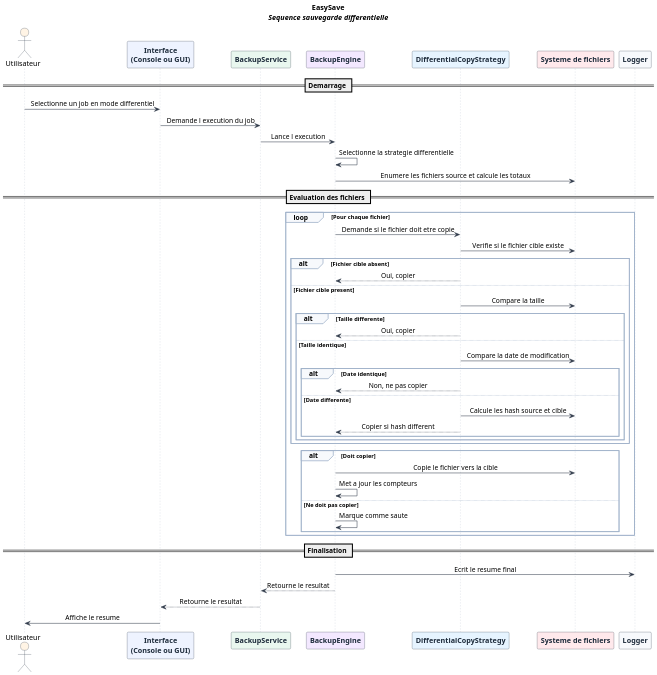
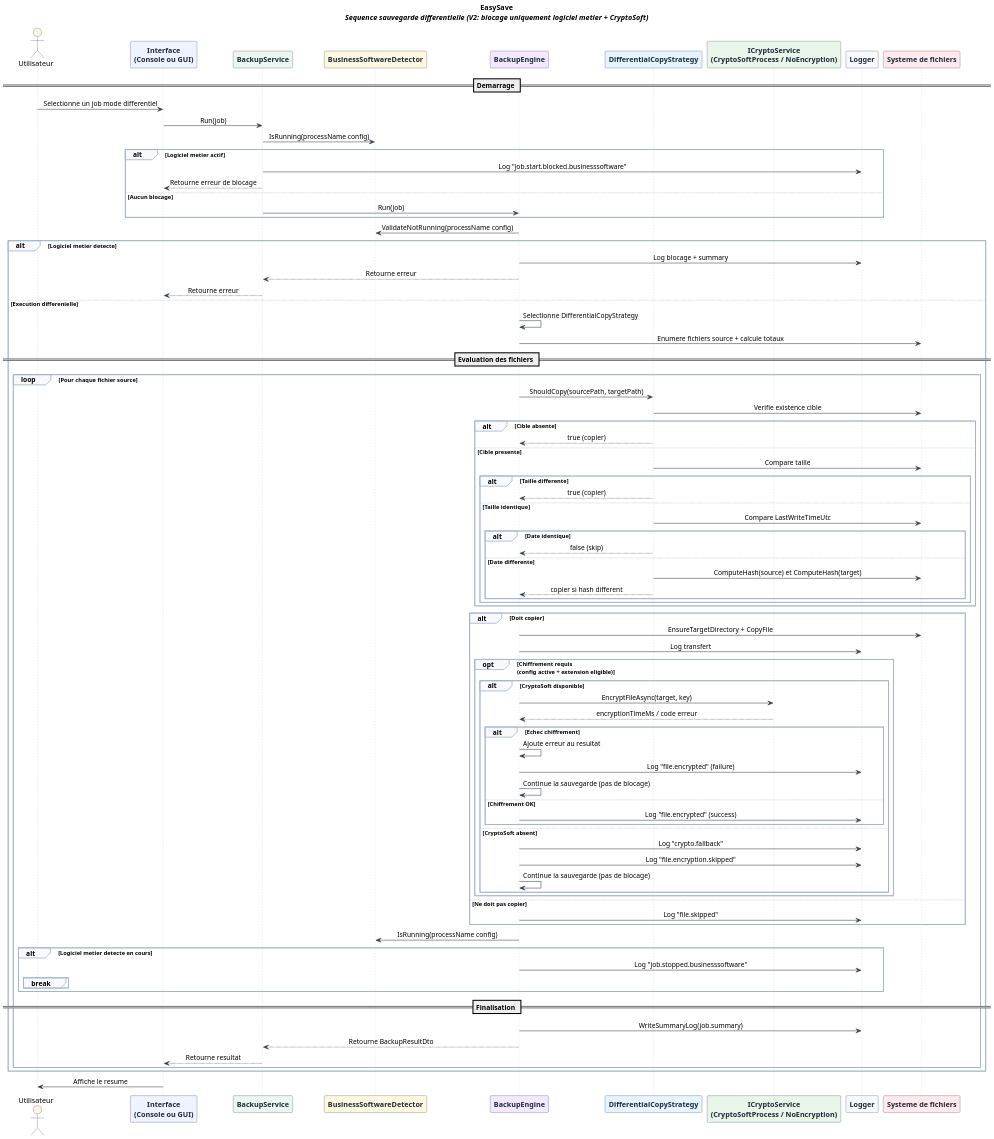
One commit to RiperPro03/EasySave changed the diagram in docs/uml/DiagrammeSequence_Backup_Differential.puml. Above: the diagram before and after it, drawn with PlantUML. The commit also changed 2 other files, not shown here.

Commit message:
update sequence

```diff
--- a/docs/uml/DiagrammeSequence_Backup_Differential.puml
+++ b/docs/uml/DiagrammeSequence_Backup_Differential.puml
@@ -1,88 +1,130 @@
 @startuml EasySave_Backup_Differential
 
 ' ============================================
 ' CONFIGURATION
 ' ============================================
 skinparam shadowing false
 skinparam dpi 170
 skinparam backgroundColor #FFFFFF
 
 skinparam sequence {
   MessageAlign center
   ArrowColor #2F3A4A
   ArrowThickness 1
   LifeLineBorderColor #B7C0CE
   LifeLineBackgroundColor #F7F9FC
 
   ParticipantBorderColor #2F3A4A
   ParticipantBackgroundColor #EEF3FF
   ParticipantFontColor #1C2A3A
   ParticipantFontStyle bold
 
   ActorBorderColor #2F3A4A
   ActorBackgroundColor #FFF4E5
 
   BoxBorderColor #9FB1C9
   BoxBackgroundColor #F7F9FC
 
   GroupBorderColor #9FB1C9
   GroupBackgroundColor #F7F9FC
 }
 
-title <b>EasySave</b>\n<i>Sequence sauvegarde differentielle</i>
+title <b>EasySave</b>\n<i>Sequence sauvegarde differentielle (V2: blocage uniquement logiciel metier + CryptoSoft)</i>
 
 ' -------------------- ACTEURS / PARTICIPANTS --------------------
 actor Utilisateur #FFF4E5
 
 participant "<b>Interface</b>\n(Console ou GUI)" as UI #EEF3FF
 participant "<b>BackupService</b>" as BackupService #E9F7EF
+participant "<b>BusinessSoftwareDetector</b>" as Detector #FFF8E1
 participant "<b>BackupEngine</b>" as BackupEngine #F3E8FF
 participant "<b>DifferentialCopyStrategy</b>" as Strategy #E6F4FF
+participant "<b>ICryptoService</b>\n(CryptoSoftProcess / NoEncryption)" as Crypto #E8F5E9
+participant "<b>Logger</b>" as Logger #F7F9FC
 participant "<b>Systeme de fichiers</b>" as FS #FFE9EC
-participant "<b>Logger</b>" as Logger #F7F9FC
 
 ' -------------------- FLUX --------------------
 == Demarrage ==
-Utilisateur -> UI : Selectionne un job en mode differentiel
-UI -> BackupService : Demande l execution du job
-BackupService -> BackupEngine : Lance l execution
-BackupEngine -> BackupEngine : Selectionne la strategie differentielle
-BackupEngine -> FS : Enumere les fichiers source et calcule les totaux
+Utilisateur -> UI : Selectionne un job mode differentiel
+UI -> BackupService : Run(job)
 
-== Evaluation des fichiers ==
-loop <b>Pour chaque fichier</b>
-  BackupEngine -> Strategy : Demande si le fichier doit etre copie
+BackupService -> Detector : IsRunning(processName config)
+alt Logiciel metier actif
+    BackupService -> Logger : Log "job.start.blocked.businesssoftware"
+    BackupService --> UI : Retourne erreur de blocage
+else Aucun blocage
+    BackupService -> BackupEngine : Run(job)
+end
+  BackupEngine -> Detector : ValidateNotRunning(processName config)
+  alt Logiciel metier detecte
+    BackupEngine -> Logger : Log blocage + summary
+    BackupEngine --> BackupService : Retourne erreur
+    BackupService --> UI : Retourne erreur
+  else Execution differenielle
+    BackupEngine -> BackupEngine : Selectionne DifferentialCopyStrategy
+    BackupEngine -> FS : Enumere fichiers source + calcule totaux
 
-  Strategy -> FS : Verifie si le fichier cible existe
-  alt <b>Fichier cible absent</b>
-    Strategy --> BackupEngine : Oui, copier
-  else <b>Fichier cible present</b>
-    Strategy -> FS : Compare la taille
-    alt <b>Taille differente</b>
-      Strategy --> BackupEngine : Oui, copier
-    else <b>Taille identique</b>
-      Strategy -> FS : Compare la date de modification
-      alt <b>Date identique</b>
-        Strategy --> BackupEngine : Non, ne pas copier
-      else <b>Date differente</b>
-        Strategy -> FS : Calcule les hash source et cible
-        Strategy --> BackupEngine : Copier si hash different
+    == Evaluation des fichiers ==
+    loop Pour chaque fichier source
+      BackupEngine -> Strategy : ShouldCopy(sourcePath, targetPath)
+
+      Strategy -> FS : Verifie existence cible
+      alt Cible absente
+        Strategy --> BackupEngine : true (copier)
+      else Cible presente
+        Strategy -> FS : Compare taille
+        alt Taille differente
+          Strategy --> BackupEngine : true (copier)
+        else Taille identique
+          Strategy -> FS : Compare LastWriteTimeUtc
+          alt Date identique
+            Strategy --> BackupEngine : false (skip)
+          else Date differente
+            Strategy -> FS : ComputeHash(source) et ComputeHash(target)
+            Strategy --> BackupEngine : copier si hash different
+          end
+        end
+      end
+
+      alt Doit copier
+        BackupEngine -> FS : EnsureTargetDirectory + CopyFile
+        BackupEngine -> Logger : Log transfert
+
+        opt Chiffrement requis\n(config active + extension eligible)
+          alt CryptoSoft disponible
+            BackupEngine -> Crypto : EncryptFileAsync(target, key)
+            Crypto --> BackupEngine : encryptionTimeMs / code erreur
+            alt Echec chiffrement
+              BackupEngine -> BackupEngine : Ajoute erreur au resultat
+              BackupEngine -> Logger : Log "file.encrypted" (failure)
+              BackupEngine -> BackupEngine : Continue la sauvegarde (pas de blocage)
+            else Chiffrement OK
+              BackupEngine -> Logger : Log "file.encrypted" (success)
+            end
+          else CryptoSoft absent
+            BackupEngine -> Logger : Log "crypto.fallback"
+            BackupEngine -> Logger : Log "file.encryption.skipped"
+            BackupEngine -> BackupEngine : Continue la sauvegarde (pas de blocage)
+          end
+        end
+      else Ne doit pas copier
+        BackupEngine -> Logger : Log "file.skipped"
+      end
+
+      BackupEngine -> Detector : IsRunning(processName config)
+      alt Logiciel metier detecte en cours
+        BackupEngine -> Logger : Log "job.stopped.businesssoftware"
+        break
       end
     end
-  end
 
-  alt <b>Doit copier</b>
-    BackupEngine -> FS : Copie le fichier vers la cible
-    BackupEngine -> BackupEngine : Met a jour les compteurs
-  else <b>Ne doit pas copier</b>
-    BackupEngine -> BackupEngine : Marque comme saute
+    == Finalisation ==
+    BackupEngine -> Logger : WriteSummaryLog(job.summary)
+    BackupEngine --> BackupService : Retourne BackupResultDto
+    BackupService --> UI : Retourne resultat
   end
 end
 
-== Finalisation ==
-BackupEngine -> Logger : Ecrit le resume final
-BackupEngine --> BackupService : Retourne le resultat
-BackupService --> UI : Retourne le resultat
 UI -> Utilisateur : Affiche le resume
 
 @enduml
```
